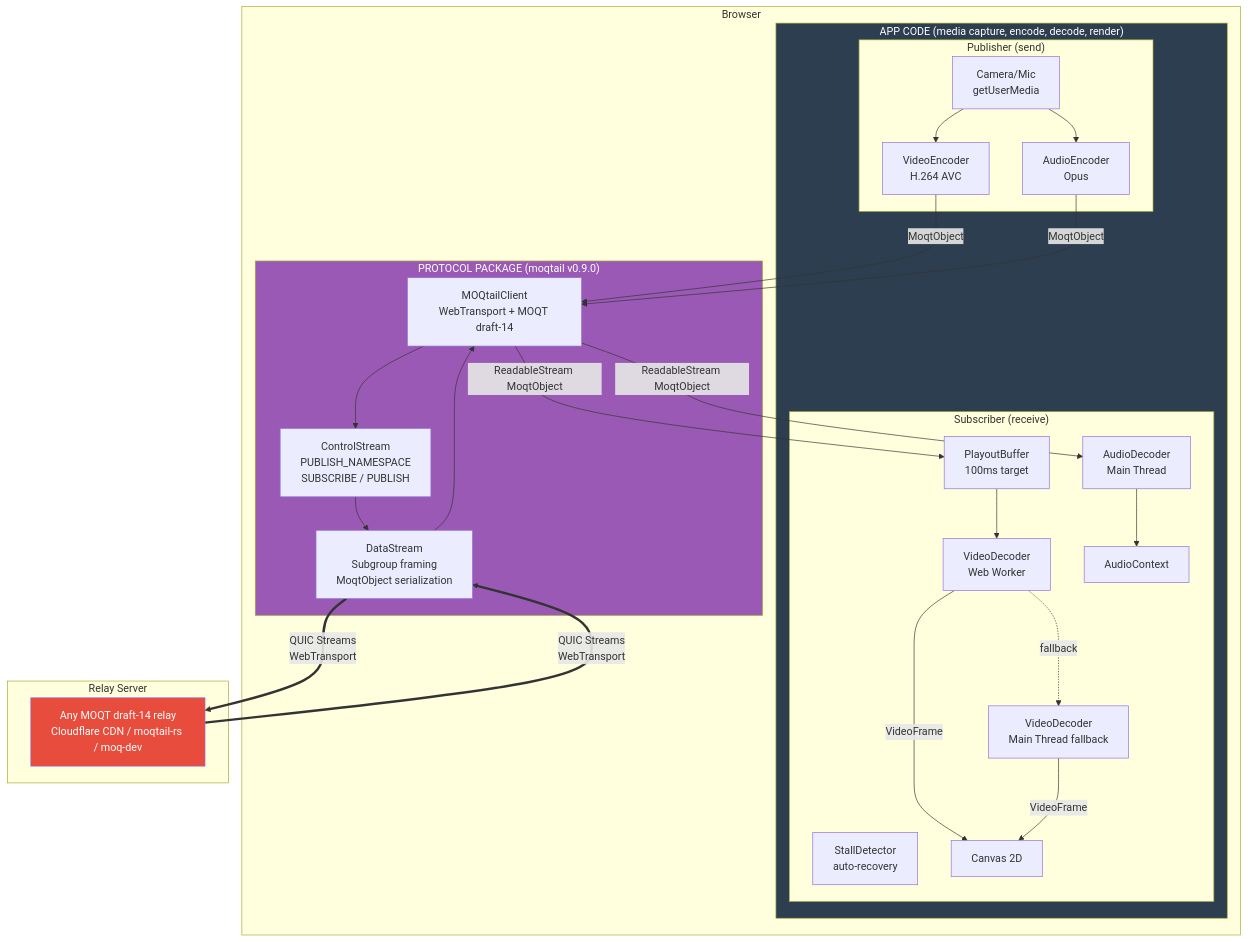
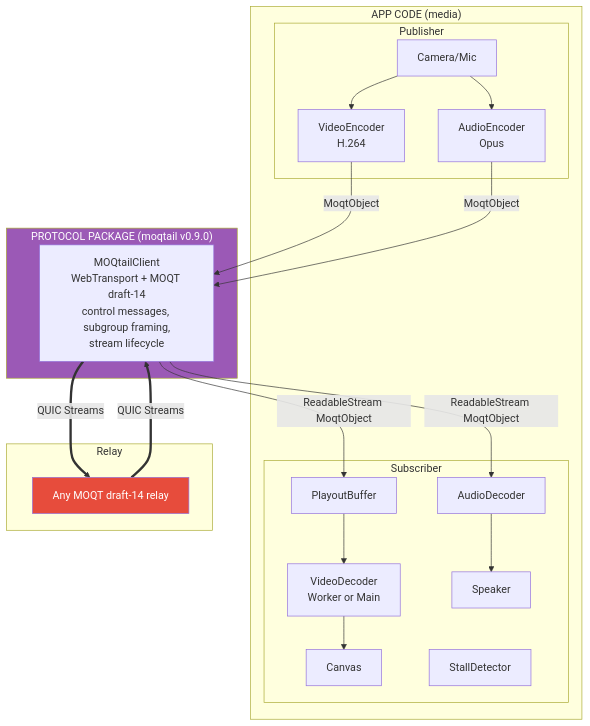
The first of 2 diagrams in ARCHITECTURE.md (pathscale/moq-test5-moqtail), drawn with Mermaid before and after one commit. The commit also changed other lines of this file, not shown here.

Commit message:
docs: simplify ARCHITECTURE.md — reduce from 8 diagrams to 2

````diff
--- a/ARCHITECTURE.md
+++ b/ARCHITECTURE.md
@@ -7,54 +7,33 @@
 ```mermaid
 graph TB
-    subgraph Browser["Browser"]
-        subgraph AppCode["APP CODE (media capture, encode, decode, render)"]
-            subgraph Publisher["Publisher (send)"]
-                CAM[Camera/Mic<br/>getUserMedia]
-                VE[VideoEncoder<br/>H.264 AVC]
-                AE[AudioEncoder<br/>Opus]
-            end
-
-            subgraph Subscriber["Subscriber (receive)"]
-                PB[PlayoutBuffer<br/>100ms target]
-                SD[StallDetector<br/>auto-recovery]
-                VD_W[VideoDecoder<br/>Web Worker]
-                VD_M[VideoDecoder<br/>Main Thread fallback]
-                AD[AudioDecoder<br/>Main Thread]
-                CANVAS[Canvas 2D]
-                SPEAKER[AudioContext]
-            end
+    subgraph AppCode["APP CODE (media)"]
+        subgraph Pub["Publisher"]
+            CAM[Camera/Mic] --> VE[VideoEncoder<br/>H.264]
+            CAM --> AE[AudioEncoder<br/>Opus]
         end
-
-        subgraph Package["PROTOCOL PACKAGE (moqtail v0.9.0)"]
-            CLIENT[MOQtailClient<br/>WebTransport + MOQT draft-14]
-            CTRL[ControlStream<br/>PUBLISH_NAMESPACE<br/>SUBSCRIBE / PUBLISH]
-            DATA[DataStream<br/>Subgroup framing<br/>MoqtObject serialization]
+        subgraph Sub["Subscriber"]
+            PB[PlayoutBuffer] --> VD[VideoDecoder<br/>Worker or Main]
+            VD --> CANVAS[Canvas]
+            AD[AudioDecoder] --> SPK[Speaker]
+            SD[StallDetector]
         end
     end
 
-    subgraph Relay["Relay Server"]
-        R[Any MOQT draft-14 relay<br/>Cloudflare CDN / moqtail-rs / moq-dev]
+    subgraph Package["PROTOCOL PACKAGE (moqtail v0.9.0)"]
+        CLIENT[MOQtailClient<br/>WebTransport + MOQT draft-14<br/>control messages, subgroup framing,<br/>stream lifecycle]
     end
 
-    CAM --> VE
-    CAM --> AE
-    VE -->|"MoqtObject"| CLIENT
-    AE -->|"MoqtObject"| CLIENT
-    CLIENT --> CTRL
-    CTRL --> DATA
-    DATA ==>|"QUIC Streams<br/>WebTransport"| R
+    subgraph Relay["Relay"]
+        R[Any MOQT draft-14 relay]
+    end
 
-    R ==>|"QUIC Streams<br/>WebTransport"| DATA
-    DATA --> CLIENT
+    VE -->|MoqtObject| CLIENT
+    AE -->|MoqtObject| CLIENT
+    CLIENT ==>|"QUIC Streams"| R
+    R ==>|"QUIC Streams"| CLIENT
     CLIENT -->|"ReadableStream MoqtObject"| PB
-    PB --> VD_W
-    VD_W -.->|fallback| VD_M
-    VD_W -->|VideoFrame| CANVAS
-    VD_M -->|VideoFrame| CANVAS
     CLIENT -->|"ReadableStream MoqtObject"| AD
-    AD --> SPEAKER
 
+    style Package fill:#9b59b6,color:#fff
     style R fill:#e74c3c,color:#fff
-    style Package fill:#9b59b6,color:#fff
-    style AppCode fill:#2c3e50,color:#fff
 ```
````
